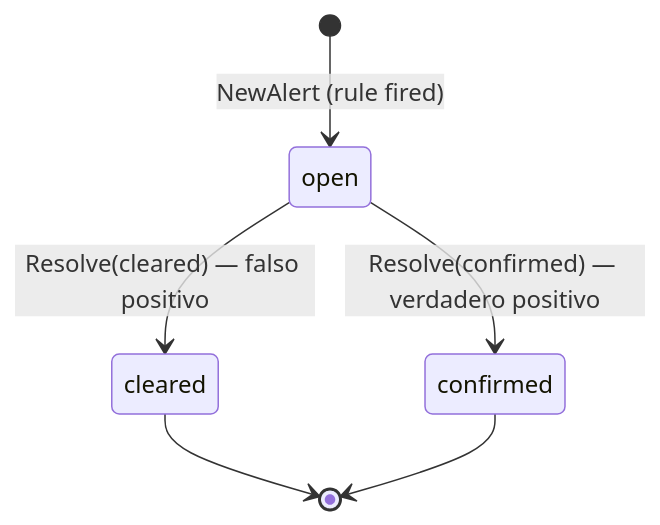
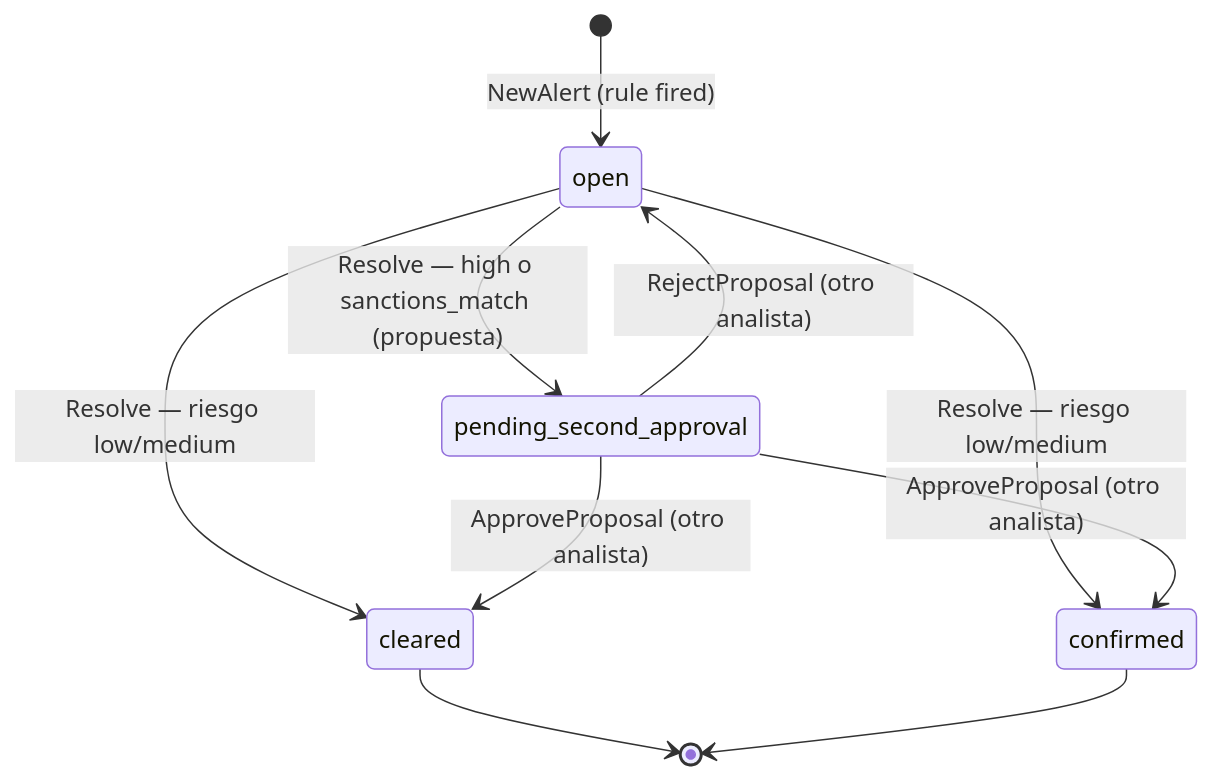
The second of 4 diagrams in docs/technical/COMPLIANCE.md (juantevez/cobros-platform), drawn with Mermaid before and after one commit. The commit also changed other lines of this file and 5 other files, not shown here.

````diff
--- a/docs/technical/COMPLIANCE.md
+++ b/docs/technical/COMPLIANCE.md
@@ -123,8 +151,12 @@
 ```mermaid
 stateDiagram-v2
     [*] --> open: NewAlert (rule fired)
-    open --> cleared: Resolve(cleared) — falso positivo
-    open --> confirmed: Resolve(confirmed) — verdadero positivo
+    open --> cleared: Resolve — riesgo low/medium
+    open --> confirmed: Resolve — riesgo low/medium
+    open --> pending_second_approval: Resolve — high o sanctions_match (propuesta)
+    pending_second_approval --> cleared: ApproveProposal (otro analista)
+    pending_second_approval --> confirmed: ApproveProposal (otro analista)
+    pending_second_approval --> open: RejectProposal (otro analista)
     cleared --> [*]
     confirmed --> [*]
 ```
````
